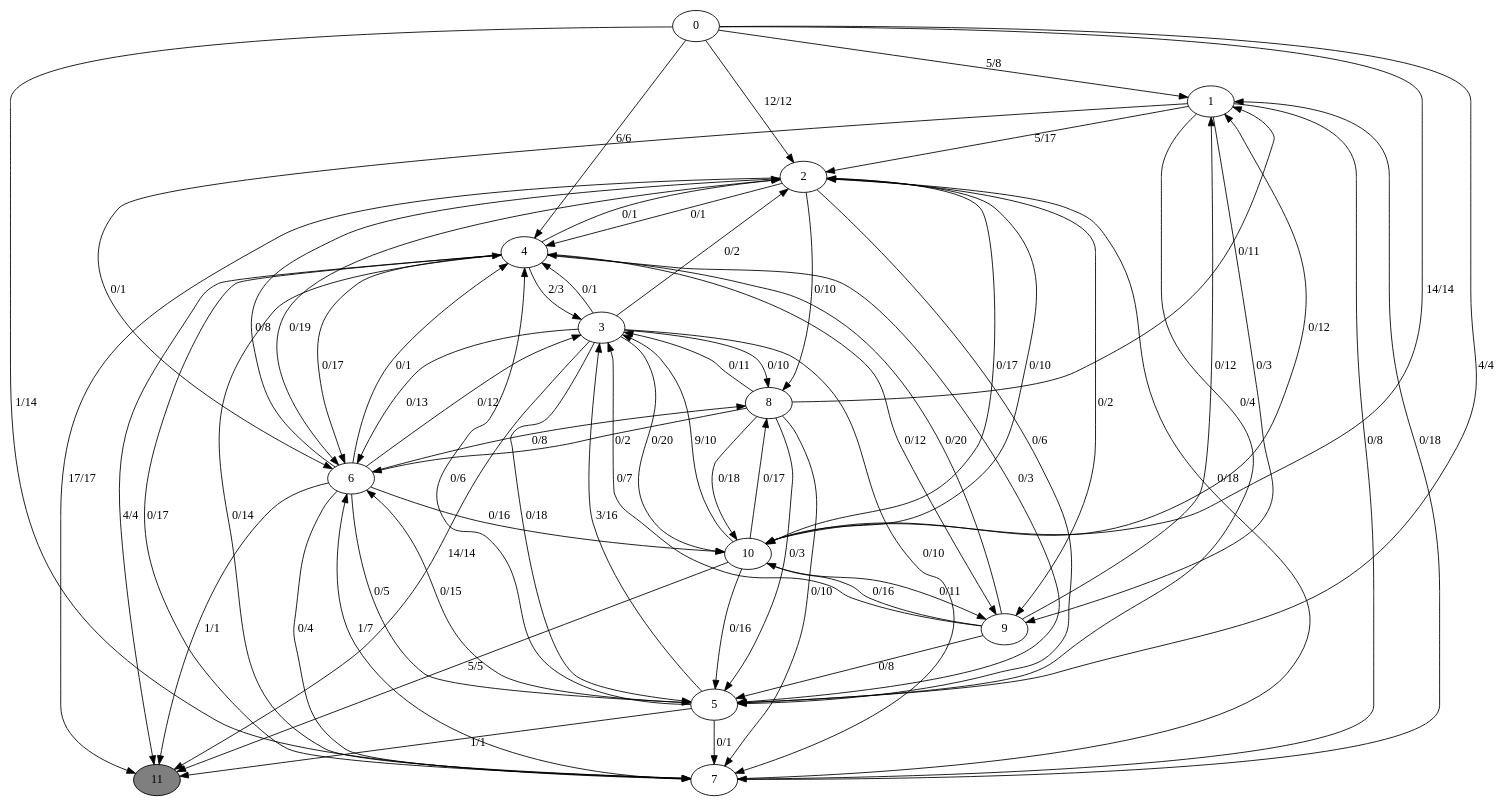
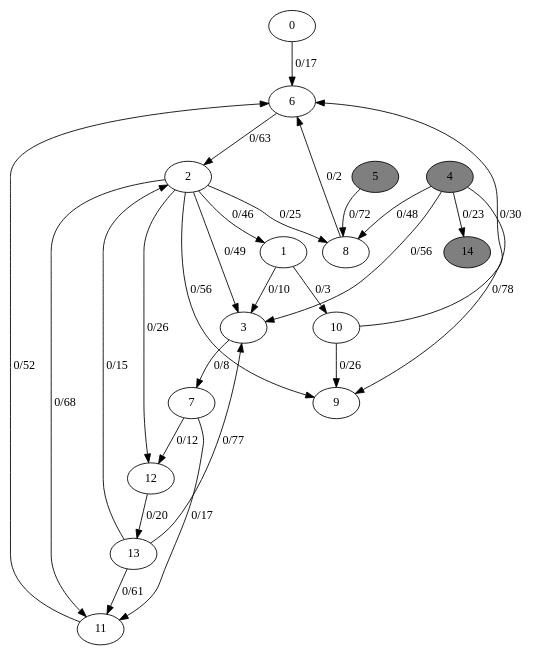
The diagram in res/testFlow/test24.dot (vnce100/Metamorph), drawn with Graphviz before and after one commit. The commit also changed 401 other files, not shown here.

```diff
--- a/res/testFlow/test24.dot
+++ b/res/testFlow/test24.dot
@@ -1,82 +1,43 @@
 digraph G {
 	0[style=filled fillcolor=grey100];
-	0->1[label ="5/8"] ;
-	0->2[label ="12/12"] ;
-	0->4[label ="6/6"] ;
-	0->5[label ="4/4"] ;
-	0->7[label ="1/14"] ;
-	0->10[label ="14/14"] ;
+	0->6[label ="0/17"] ;
 	1[style=filled fillcolor=grey100];
-	1->2[label ="5/17"] ;
-	1->5[label ="0/4"] ;
-	1->6[label ="0/1"] ;
-	1->7[label ="0/8"] ;
-	1->9[label ="0/3"] ;
+	1->3[label ="0/10"] ;
+	1->10[label ="0/3"] ;
 	2[style=filled fillcolor=grey100];
-	2->4[label ="0/1"] ;
-	2->5[label ="0/6"] ;
-	2->6[label ="0/19"] ;
-	2->8[label ="0/10"] ;
-	2->9[label ="0/2"] ;
-	2->10[label ="0/17"] ;
-	2->11[label ="17/17"] ;
+	2->1[label ="0/46"] ;
+	2->3[label ="0/49"] ;
+	2->8[label ="0/25"] ;
+	2->9[label ="0/56"] ;
+	2->11[label ="0/68"] ;
+	2->12[label ="0/26"] ;
 	3[style=filled fillcolor=grey100];
-	3->2[label ="0/2"] ;
-	3->4[label ="0/1"] ;
-	3->5[label ="0/18"] ;
-	3->6[label ="0/13"] ;
-	3->7[label ="0/10"] ;
-	3->8[label ="0/10"] ;
-	3->10[label ="0/20"] ;
-	3->11[label ="14/14"] ;
-	4[style=filled fillcolor=grey100];
-	4->2[label ="0/1"] ;
-	4->3[label ="2/3"] ;
-	4->5[label ="0/3"] ;
-	4->6[label ="0/17"] ;
-	4->7[label ="0/17"] ;
-	4->9[label ="0/12"] ;
-	4->11[label ="4/4"] ;
-	5[style=filled fillcolor=grey100];
-	5->3[label ="3/16"] ;
-	5->4[label ="0/6"] ;
-	5->6[label ="0/15"] ;
-	5->7[label ="0/1"] ;
-	5->11[label ="1/1"] ;
+	3->7[label ="0/8"] ;
+	4[style=filled fillcolor=grey50];
+	4->3[label ="0/56"] ;
+	4->8[label ="0/48"] ;
+	4->9[label ="0/78"] ;
+	4->14[label ="0/23"] ;
+	5[style=filled fillcolor=grey50];
+	5->8[label ="0/72"] ;
 	6[style=filled fillcolor=grey100];
-	6->2[label ="0/8"] ;
-	6->3[label ="0/12"] ;
-	6->4[label ="0/1"] ;
-	6->5[label ="0/5"] ;
-	6->7[label ="0/4"] ;
-	6->8[label ="0/8"] ;
-	6->10[label ="0/16"] ;
-	6->11[label ="1/1"] ;
+	6->2[label ="0/63"] ;
 	7[style=filled fillcolor=grey100];
-	7->1[label ="0/18"] ;
-	7->2[label ="0/18"] ;
-	7->4[label ="0/14"] ;
-	7->6[label ="1/7"] ;
+	7->11[label ="0/17"] ;
+	7->12[label ="0/12"] ;
 	8[style=filled fillcolor=grey100];
-	8->1[label ="0/11"] ;
-	8->3[label ="0/11"] ;
-	8->5[label ="0/3"] ;
 	8->6[label ="0/2"] ;
-	8->7[label ="0/10"] ;
-	8->10[label ="0/18"] ;
 	9[style=filled fillcolor=grey100];
-	9->1[label ="0/12"] ;
-	9->3[label ="0/7"] ;
-	9->4[label ="0/20"] ;
-	9->5[label ="0/8"] ;
-	9->10[label ="0/16"] ;
 	10[style=filled fillcolor=grey100];
-	10->1[label ="0/12"] ;
-	10->2[label ="0/10"] ;
-	10->3[label ="9/10"] ;
-	10->5[label ="0/16"] ;
-	10->8[label ="0/17"] ;
-	10->9[label ="0/11"] ;
-	10->11[label ="5/5"] ;
-	11[style=filled fillcolor=grey50];
+	10->6[label ="0/30"] ;
+	10->9[label ="0/26"] ;
+	11[style=filled fillcolor=grey100];
+	11->6[label ="0/52"] ;
+	12[style=filled fillcolor=grey100];
+	12->13[label ="0/20"] ;
+	13[style=filled fillcolor=grey100];
+	13->2[label ="0/15"] ;
+	13->3[label ="0/77"] ;
+	13->11[label ="0/61"] ;
+	14[style=filled fillcolor=grey50];
 }
```
